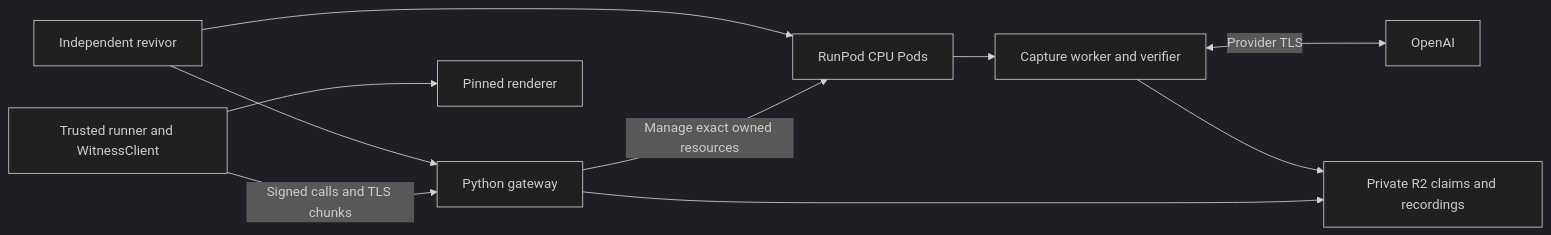
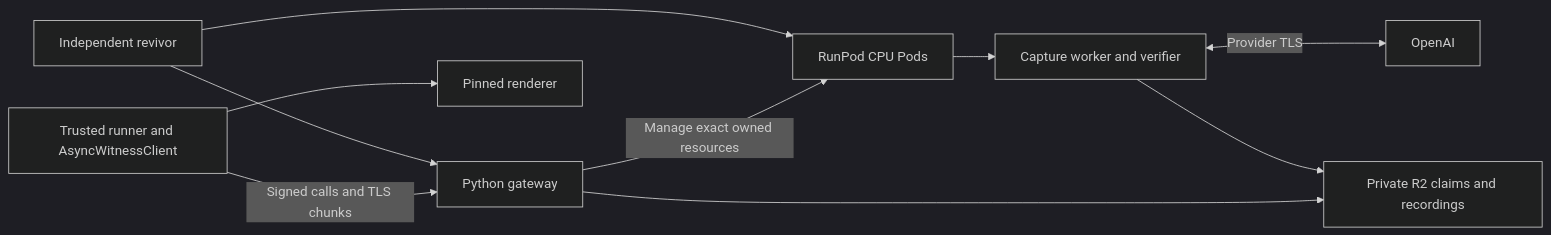
Before and after one commit to 404-Repo/404-gen-subnet: the diagram in docs/witness-server-release-plan.md, drawn with Mermaid (dark theme). The commit also changed 87 other files, not shown here.

````diff
--- a/docs/witness-server-release-plan.md
+++ b/docs/witness-server-release-plan.md
@@ -7,12 +7,12 @@
 ```mermaid
 flowchart LR
-    M[Trusted runner and WitnessClient] -->|Signed calls and TLS chunks| G[Python gateway]
+    M[Trusted runner and AsyncWitnessClient] -->|Signed calls and TLS chunks| G[Python gateway]
     G -->|Manage exact owned resources| P[RunPod CPU Pods]
     P --> W[Capture worker and verifier]
     W <-->|Provider TLS| O[OpenAI]
     G --> R[Private R2 claims and recordings]
     W --> R
     M --> V[Pinned renderer]
     H[Independent revivor] --> G
     H --> P
 ```
````
